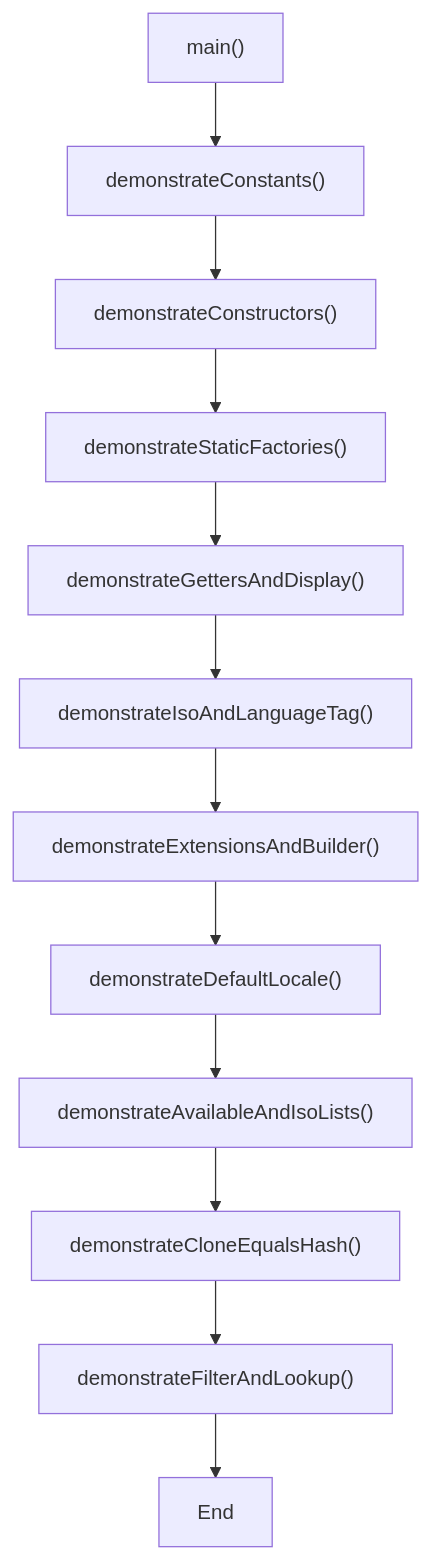
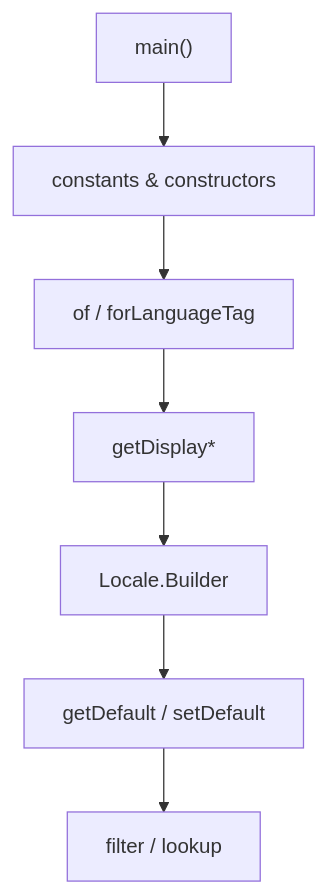
Before and after one commit to chaitussm/Java-Project: the second of 10 diagrams in docs/concepts/internationalization/internationalization.md, drawn with Mermaid. The commit also changed other lines of this file and 4 other files, not shown here.

````diff
--- a/docs/concepts/internationalization/internationalization.md
+++ b/docs/concepts/internationalization/internationalization.md
@@ -182,14 +140,9 @@
 ```mermaid
 flowchart TD
-  START["main()"] --> C["demonstrateConstants()"]
-  C --> CT["demonstrateConstructors()"]
-  CT --> F["demonstrateStaticFactories()"]
-  F --> G["demonstrateGettersAndDisplay()"]
-  G --> ISO["demonstrateIsoAndLanguageTag()"]
-  ISO --> B["demonstrateExtensionsAndBuilder()"]
-  B --> D["demonstrateDefaultLocale()"]
-  D --> A["demonstrateAvailableAndIsoLists()"]
-  A --> O["demonstrateCloneEqualsHash()"]
-  O --> L["demonstrateFilterAndLookup()"]
-  L --> END["End"]
+  M["main()"] --> C["constants & constructors"]
+  C --> F["of / forLanguageTag"]
+  F --> D["getDisplay*"]
+  D --> B["Locale.Builder"]
+  B --> DEF["getDefault / setDefault"]
+  DEF --> FIL["filter / lookup"]
 ```
````
